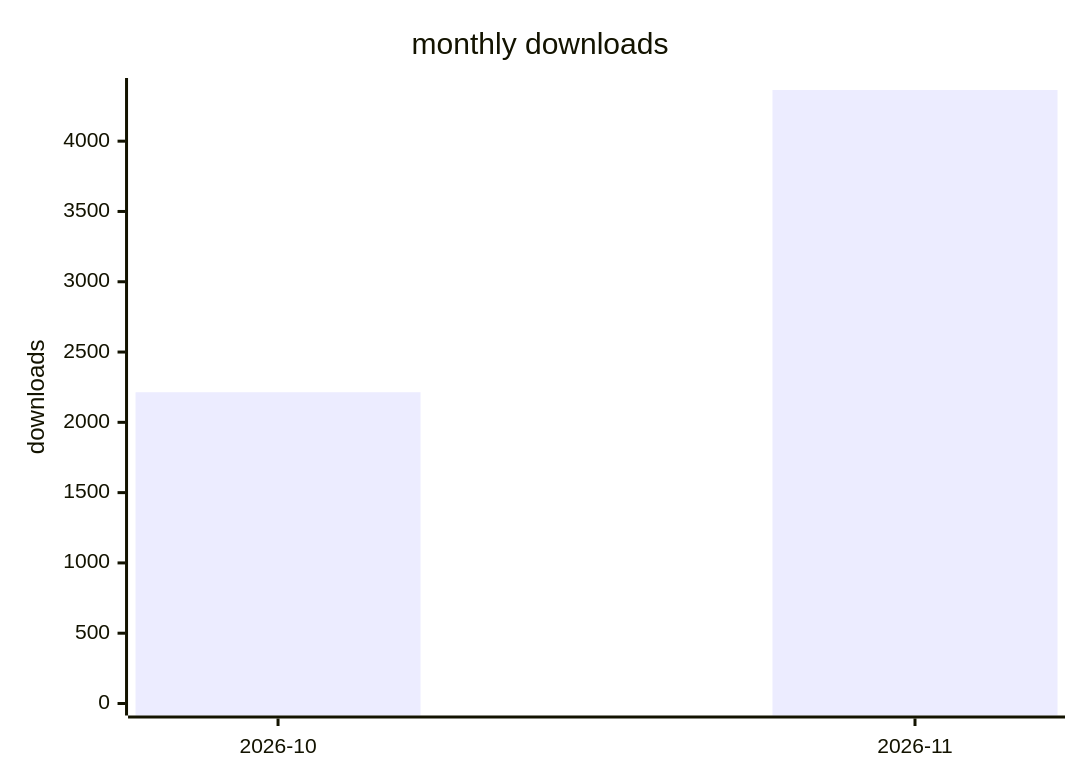
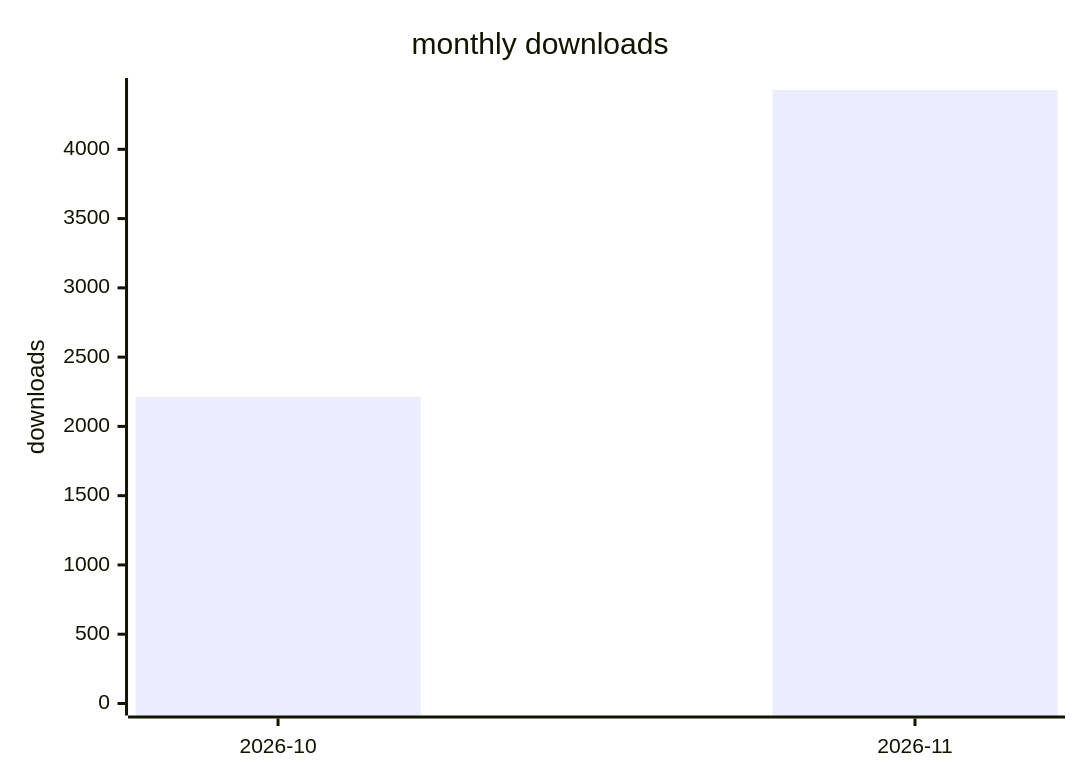
One commit to terry2010/dsh-rss-news-daily changed the second of 2 diagrams in docs/downloads-2026.md. Above: the diagram before and after it, drawn with Mermaid. The commit also changed other lines of this file and 1 other file, not shown here.

````diff
--- a/docs/downloads-2026.md
+++ b/docs/downloads-2026.md
@@ -29,7 +29,7 @@
 ```mermaid
 xychart-beta
     title "monthly downloads"
     x-axis ["2026-10", "2026-11"]
-    y-axis "downloads" 0 --> 4364
-    bar [2214, 4364]
+    y-axis "downloads" 0 --> 4428
+    bar [2214, 4428]
 ```
````
